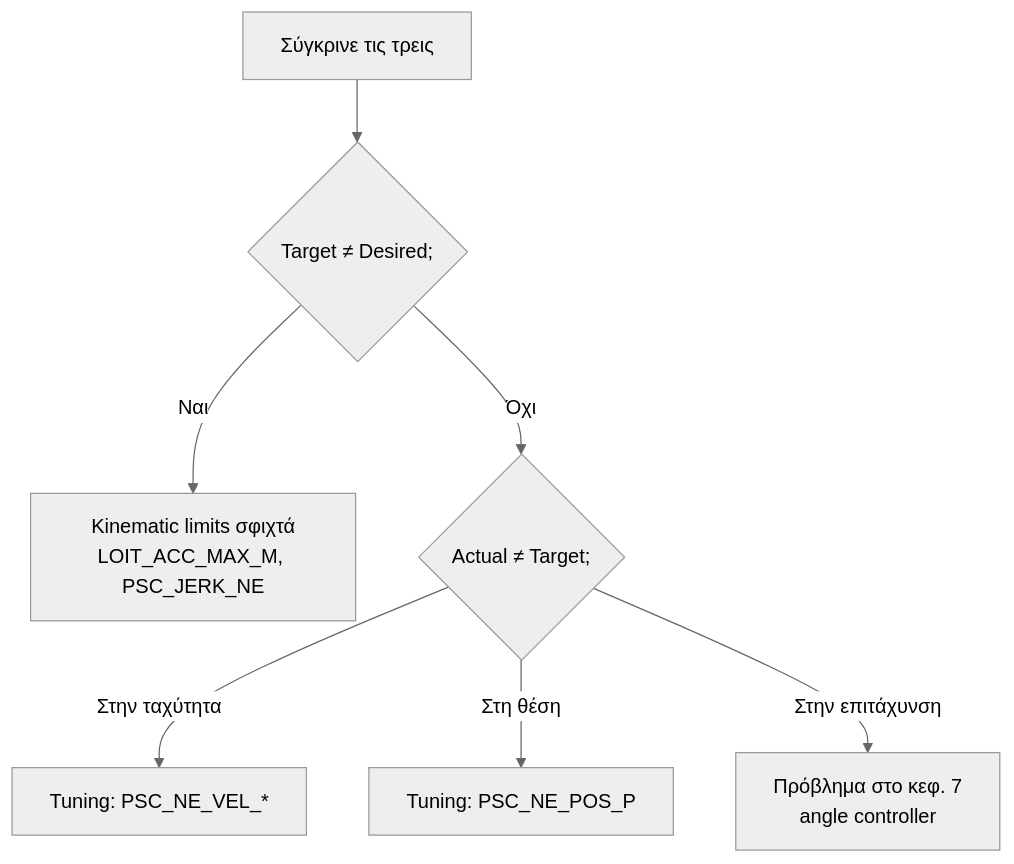
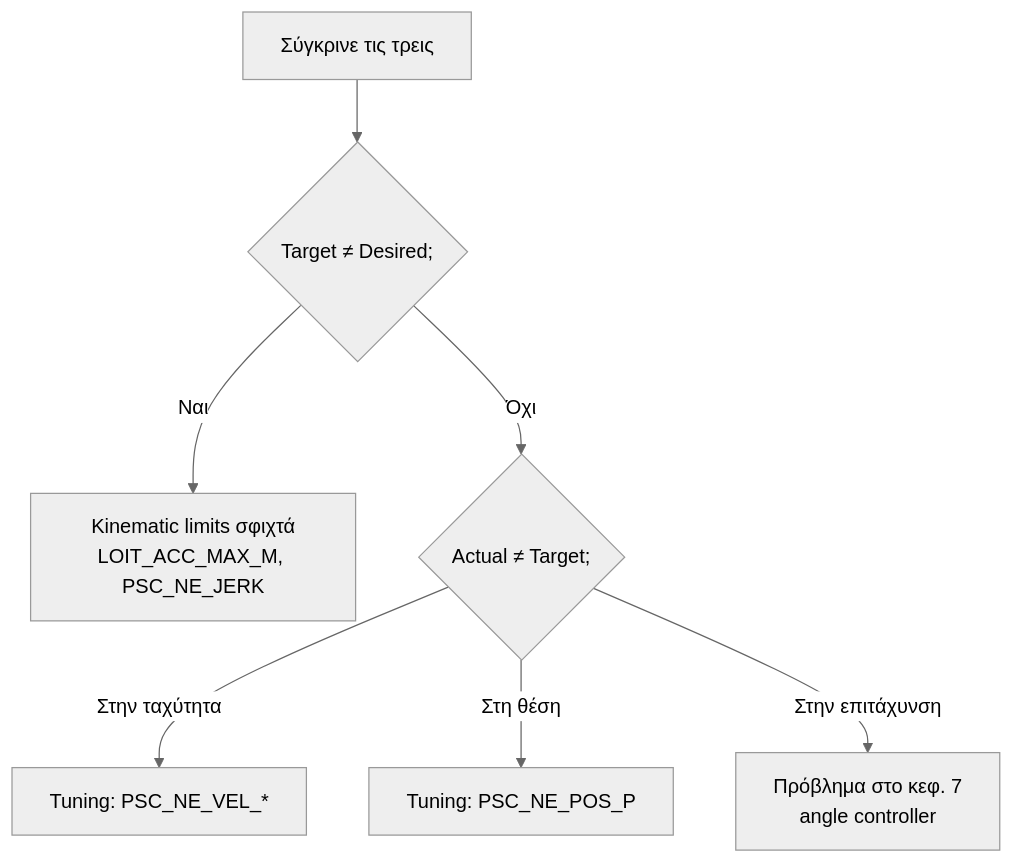
One commit to thanospaz/ardupilot changed the second of 4 diagrams in Οδηγος copter/09-Loiter-Mode-Tuning.md. Above: the diagram before and after it, drawn with Mermaid (neutral theme). The commit also changed other lines of this file and 8 other files, not shown here.

````diff
--- a/Οδηγος copter/09-Loiter-Mode-Tuning.md
+++ b/Οδηγος copter/09-Loiter-Mode-Tuning.md
@@ -148,9 +148,9 @@
 ```mermaid
 flowchart TD
     A["Σύγκρινε τις τρεις"] --> B{"Target ≠ Desired;"}
-    B -->|Ναι| C["Kinematic limits σφιχτά<br/>LOIT_ACC_MAX_M, PSC_JERK_NE"]
+    B -->|Ναι| C["Kinematic limits σφιχτά<br/>LOIT_ACC_MAX_M, PSC_NE_JERK"]
     B -->|Όχι| D{"Actual ≠ Target;"}
     D -->|"Στην ταχύτητα"| E["Tuning: PSC_NE_VEL_*"]
     D -->|"Στη θέση"| F["Tuning: PSC_NE_POS_P"]
     D -->|"Στην επιτάχυνση"| G["Πρόβλημα στο κεφ. 7<br/>angle controller"]
 ```
````
